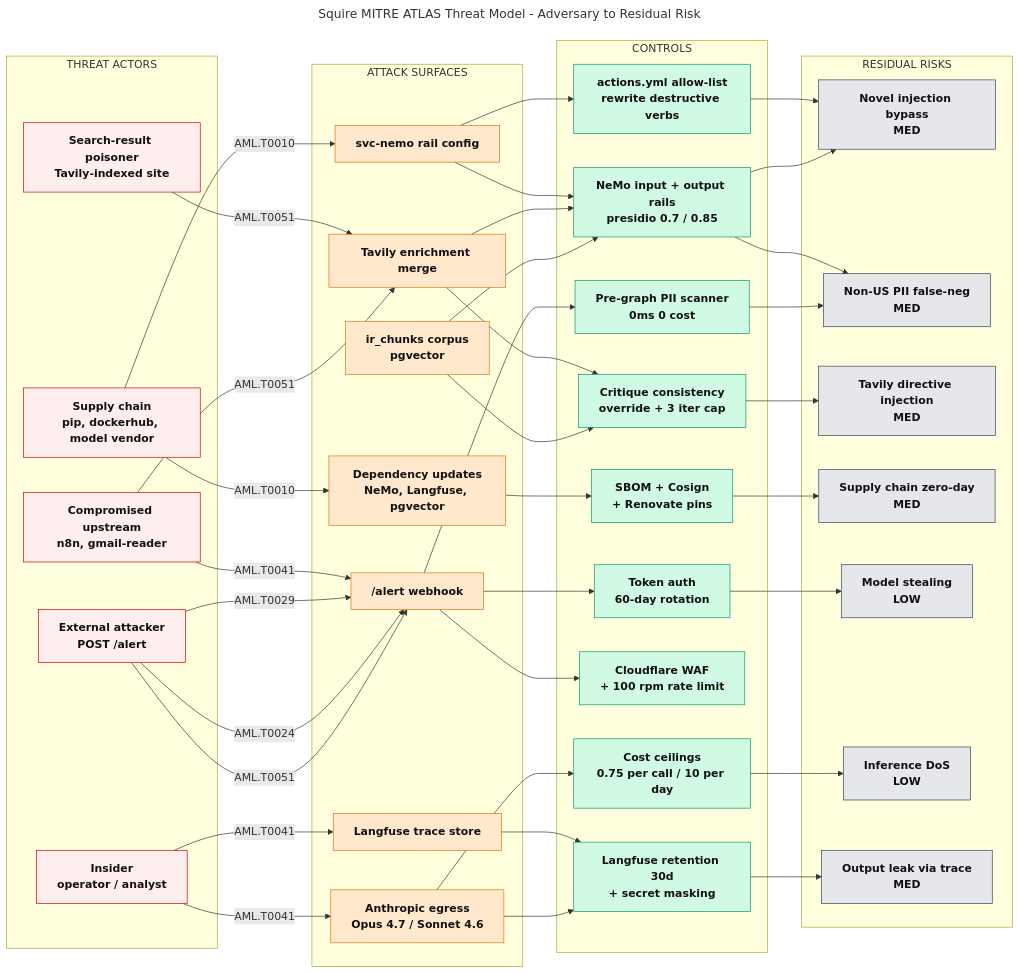
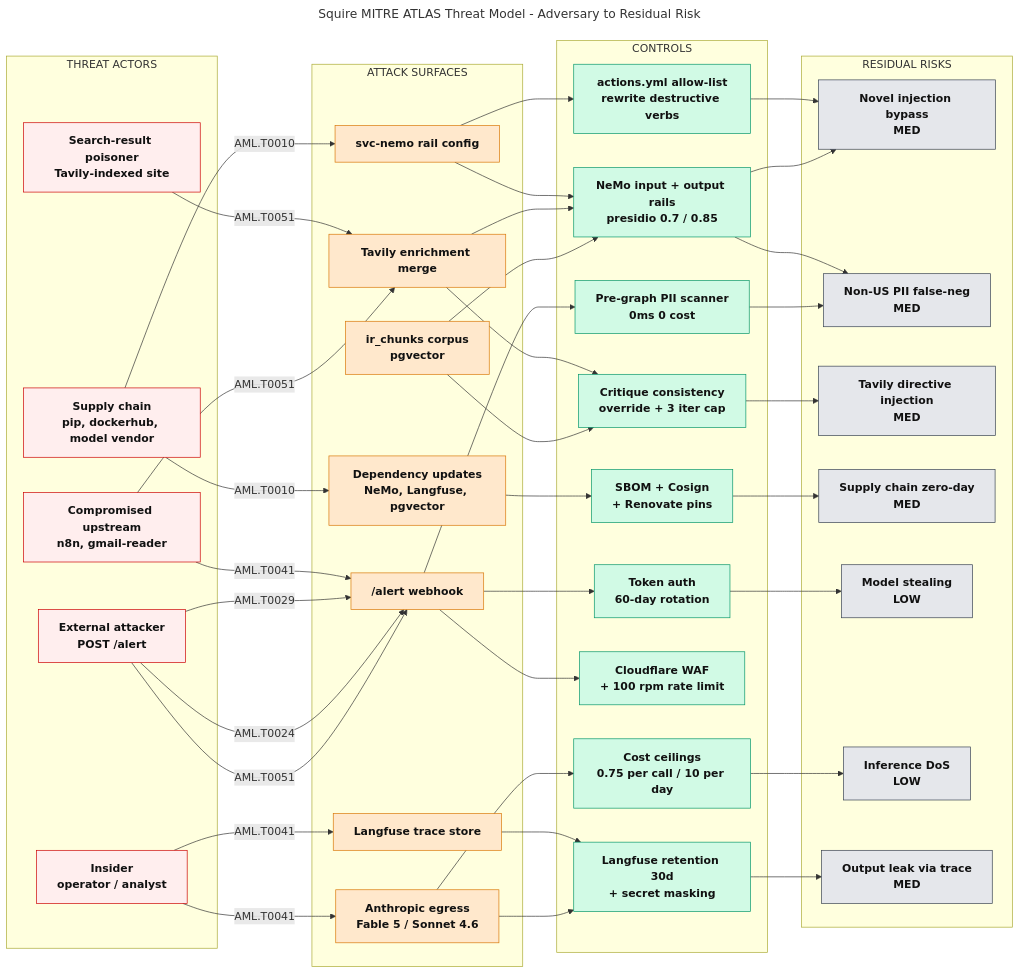
Before and after one commit to ET-sec/cyber-squire1: the diagram in docs/grc/diagrams/squire-atlas-threat-model.mmd, drawn with Mermaid. The commit also changed 197 other files, not shown here.

First line of the commit message:
feat(20.1-05): architecture truth sweep, GRC re-baseline, OCI gates, replication kit (#31)

```diff
--- a/docs/grc/diagrams/squire-atlas-threat-model.mmd
+++ b/docs/grc/diagrams/squire-atlas-threat-model.mmd
@@ -1,96 +1,96 @@
 ---
 title: Squire MITRE ATLAS Threat Model - Adversary to Residual Risk
 ---
 flowchart LR
     %% Column 1: Threat Actors
     subgraph ACTORS["THREAT ACTORS"]
         A1["External attacker<br/>POST /alert"]
         A2["Compromised upstream<br/>n8n, gmail-reader"]
         A3["Insider<br/>operator / analyst"]
         A4["Supply chain<br/>pip, dockerhub, model vendor"]
         A5["Search-result poisoner<br/>Tavily-indexed site"]
     end
 
     %% Column 2: Attack Surfaces
     subgraph SURFACE["ATTACK SURFACES"]
         S1["/alert webhook"]
         S2["ir_chunks corpus<br/>pgvector"]
         S3["Tavily enrichment merge"]
         S4["svc-nemo rail config"]
-        S5["Anthropic egress<br/>Opus 4.7 / Sonnet 4.6"]
+        S5["Anthropic egress<br/>Fable 5 / Sonnet 4.6"]
         S6["Dependency updates<br/>NeMo, Langfuse, pgvector"]
         S7["Langfuse trace store"]
     end
 
     %% Column 3: Controls
     subgraph CONTROLS["CONTROLS"]
         C1["Token auth<br/>60-day rotation"]
         C2["Pre-graph PII scanner<br/>0ms 0 cost"]
         C3["NeMo input + output rails<br/>presidio 0.7 / 0.85"]
         C4["actions.yml allow-list<br/>rewrite destructive verbs"]
         C5["Critique consistency<br/>override + 3 iter cap"]
         C6["Cost ceilings<br/>0.75 per call / 10 per day"]
         C7["Cloudflare WAF<br/>+ 100 rpm rate limit"]
         C8["SBOM + Cosign<br/>+ Renovate pins"]
         C9["Langfuse retention 30d<br/>+ secret masking"]
     end
 
     %% Column 4: Residual Risks
     subgraph RESIDUAL["RESIDUAL RISKS"]
         R1["Novel injection bypass<br/>MED"]
         R2["Non-US PII false-neg<br/>MED"]
         R3["Tavily directive injection<br/>MED"]
         R4["Supply chain zero-day<br/>MED"]
         R5["Model stealing<br/>LOW"]
         R6["Inference DoS<br/>LOW"]
         R7["Output leak via trace<br/>MED"]
     end
 
     %% Edges: actors to surfaces with ATLAS IDs
     A1 -- "AML.T0051" --> S1
     A1 -- "AML.T0024" --> S1
     A1 -- "AML.T0029" --> S1
     A2 -- "AML.T0041" --> S1
     A2 -- "AML.T0051" --> S3
     A3 -- "AML.T0041" --> S5
     A3 -- "AML.T0041" --> S7
     A4 -- "AML.T0010" --> S6
     A4 -- "AML.T0010" --> S4
     A5 -- "AML.T0051" --> S3
 
     %% Edges: surfaces to controls
     S1 --> C1
     S1 --> C2
     S1 --> C7
     S2 --> C3
     S2 --> C5
     S3 --> C3
     S3 --> C5
     S4 --> C3
     S4 --> C4
     S5 --> C6
     S5 --> C9
     S6 --> C8
     S7 --> C9
 
     %% Edges: controls to residuals
     C1 --> R5
     C2 --> R2
     C3 --> R1
     C3 --> R2
     C4 --> R1
     C5 --> R3
     C6 --> R6
     C8 --> R4
     C9 --> R7
 
     %% Styling
     classDef threat fill:#fee,stroke:#c00,color:#111,font-weight:bold
     classDef att fill:#ffe8cc,stroke:#d97706,color:#111,font-weight:bold
     classDef ctrl fill:#d1fae5,stroke:#059669,color:#111,font-weight:bold
     classDef res fill:#e5e7eb,stroke:#374151,color:#111,font-weight:bold
 
     class A1,A2,A3,A4,A5 threat
     class S1,S2,S3,S4,S5,S6,S7 att
     class C1,C2,C3,C4,C5,C6,C7,C8,C9 ctrl
     class R1,R2,R3,R4,R5,R6,R7 res
```
